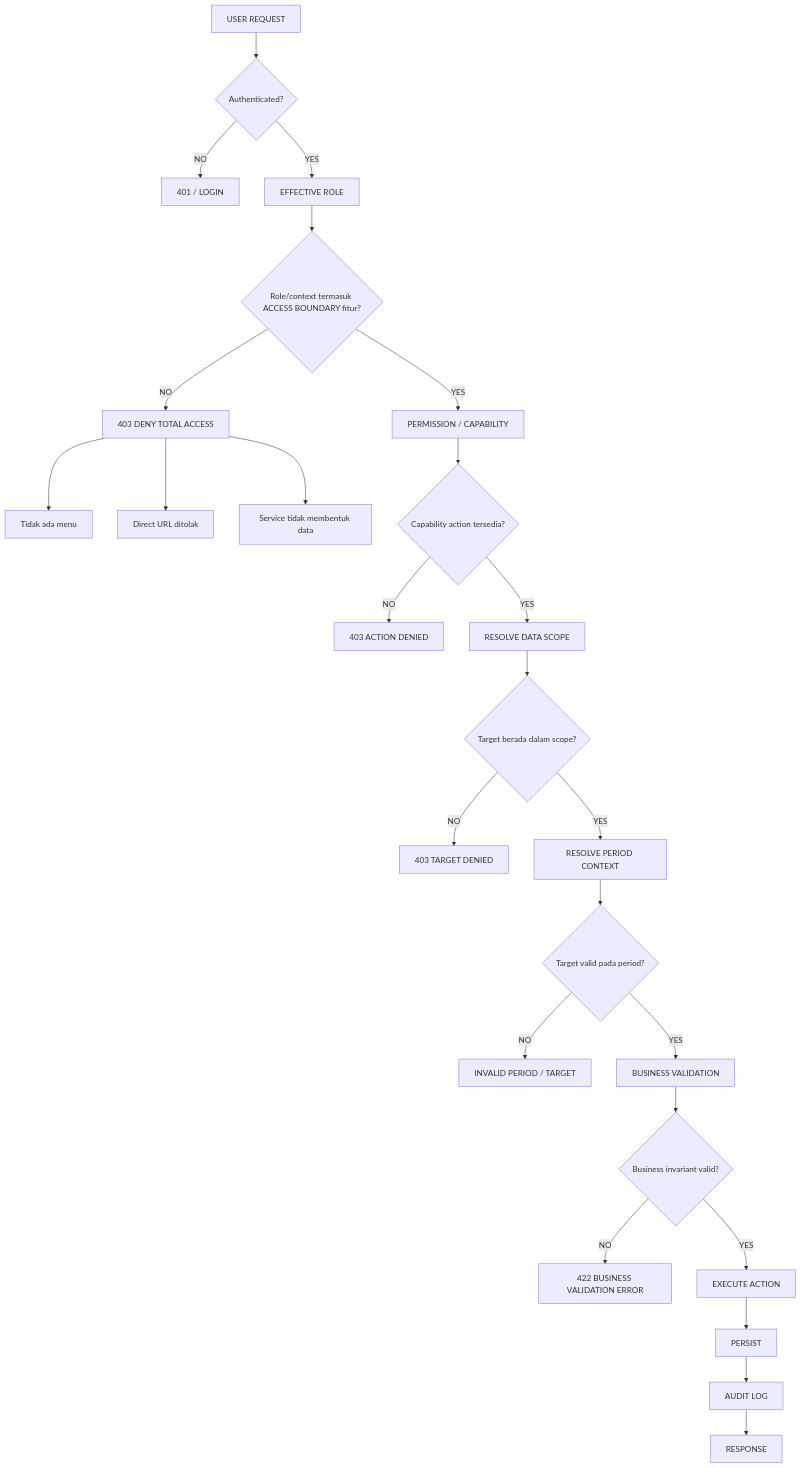
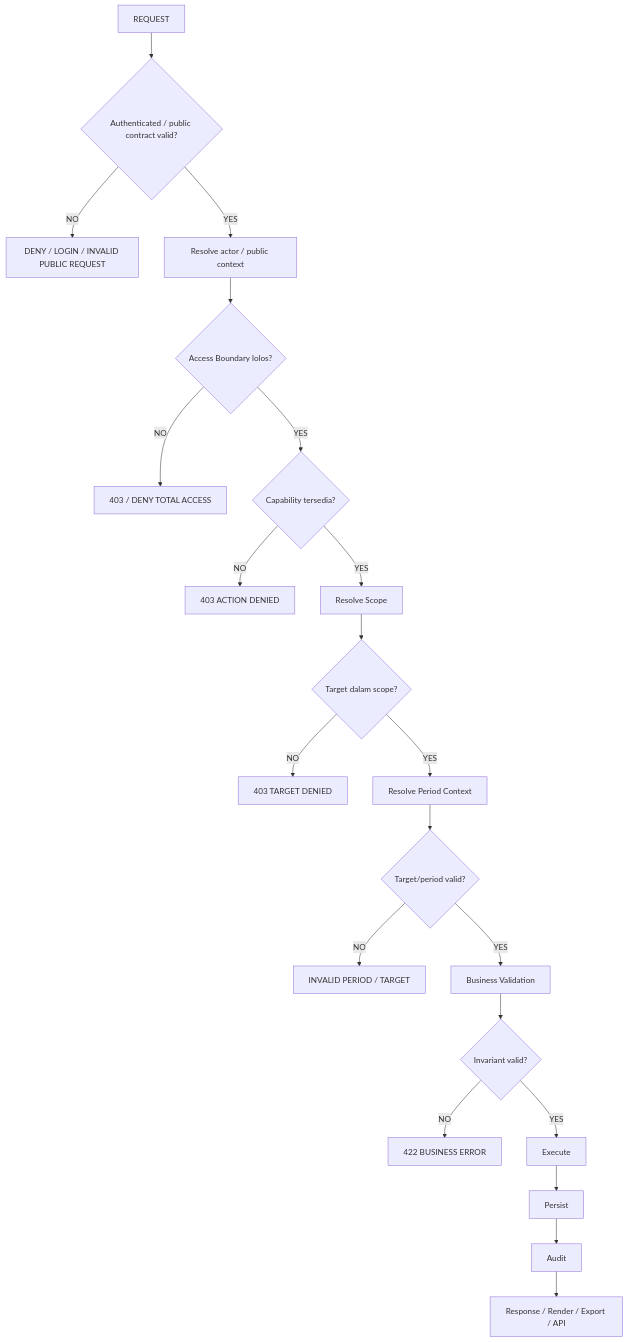
One commit to Al-Faroz/sisfour_dev_v2 changed the second of 13 diagrams in docs/00A_GLOBAL_STANDARD_SISFOUR.md. Above: the diagram before and after it, drawn with Mermaid. The commit also changed other lines of this file, not shown here.

````diff
--- a/docs/00A_GLOBAL_STANDARD_SISFOUR.md
+++ b/docs/00A_GLOBAL_STANDARD_SISFOUR.md
@@ -296,33 +127,28 @@
 ```mermaid
 flowchart TD
-    A["USER REQUEST"] --> B{"Authenticated?"}
-    B -- "NO" --> X1["401 / LOGIN"]
-    B -- "YES" --> C["EFFECTIVE ROLE"]
+    A["REQUEST"] --> B{"Authenticated / public contract valid?"}
+    B -- "NO" --> X1["DENY / LOGIN / INVALID PUBLIC REQUEST"]
+    B -- "YES" --> C["Resolve actor / public context"]
 
-    C --> D{"Role/context termasuk ACCESS BOUNDARY fitur?"}
-    D -- "NO" --> X2["403 DENY TOTAL ACCESS"]
-    X2 --> X21["Tidak ada menu"]
-    X2 --> X22["Direct URL ditolak"]
-    X2 --> X23["Service tidak membentuk data"]
+    C --> D{"Access Boundary lolos?"}
+    D -- "NO" --> X2["403 / DENY TOTAL ACCESS"]
+    D -- "YES" --> E{"Capability tersedia?"}
 
-    D -- "YES" --> E["PERMISSION / CAPABILITY"]
-    E --> F{"Capability action tersedia?"}
-    F -- "NO" --> X3["403 ACTION DENIED"]
-    F -- "YES" --> G["RESOLVE DATA SCOPE"]
+    E -- "NO" --> X3["403 ACTION DENIED"]
+    E -- "YES" --> F["Resolve Scope"]
+    F --> G{"Target dalam scope?"}
 
-    G --> H{"Target berada dalam scope?"}
-    H -- "NO" --> X4["403 TARGET DENIED"]
-    H -- "YES" --> I["RESOLVE PERIOD CONTEXT"]
+    G -- "NO" --> X4["403 TARGET DENIED"]
+    G -- "YES" --> H["Resolve Period Context"]
+    H --> I{"Target/period valid?"}
 
-    I --> J{"Target valid pada period?"}
-    J -- "NO" --> X5["INVALID PERIOD / TARGET"]
-    J -- "YES" --> K["BUSINESS VALIDATION"]
+    I -- "NO" --> X5["INVALID PERIOD / TARGET"]
+    I -- "YES" --> J["Business Validation"]
+    J --> K{"Invariant valid?"}
 
-    K --> L{"Business invariant valid?"}
-    L -- "NO" --> X6["422 BUSINESS VALIDATION ERROR"]
-    L -- "YES" --> M["EXECUTE ACTION"]
-
-    M --> N["PERSIST"]
-    N --> O["AUDIT LOG"]
-    O --> P["RESPONSE"]
+    K -- "NO" --> X6["422 BUSINESS ERROR"]
+    K -- "YES" --> L["Execute"]
+    L --> M["Persist"]
+    M --> N["Audit"]
+    N --> O["Response / Render / Export / API"]
 ```
````
